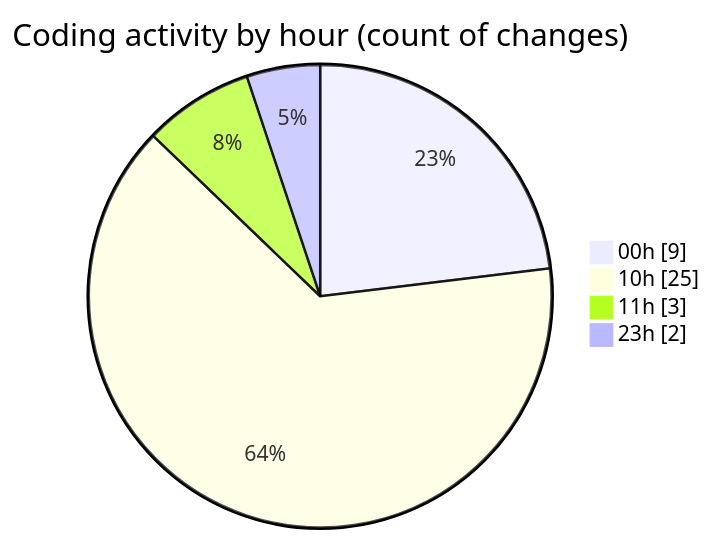
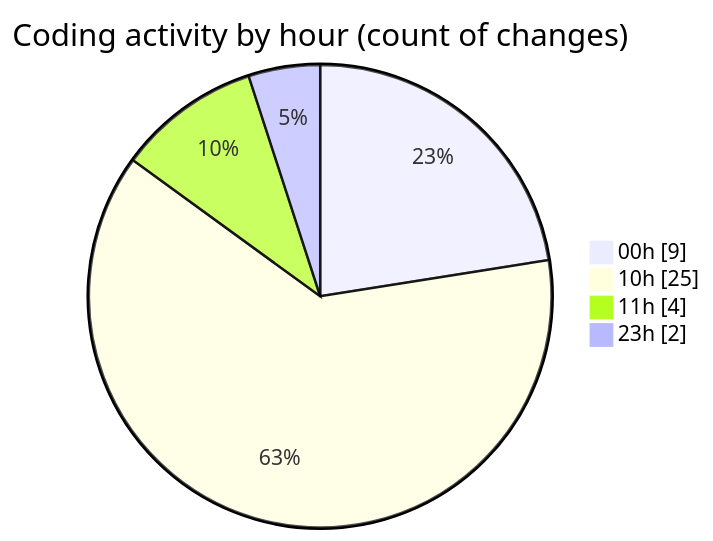
The second of 2 diagrams in 2025-11-15/cdp_aleoudev_fr__workspace_/README.md (julien-gomy/code-tracking), drawn with Mermaid before and after one commit. The commit also changed other lines of this file and 1 other file, not shown here.

````diff
--- a/2025-11-15/cdp_aleoudev_fr__workspace_/README.md
+++ b/2025-11-15/cdp_aleoudev_fr__workspace_/README.md
@@ -33,8 +34,8 @@
 ```mermaid
 pie showData
 title Coding activity by hour (count of changes)
 "00h" : 9
 "10h" : 25
-"11h" : 3
+"11h" : 4
 "23h" : 2
 ```
````
